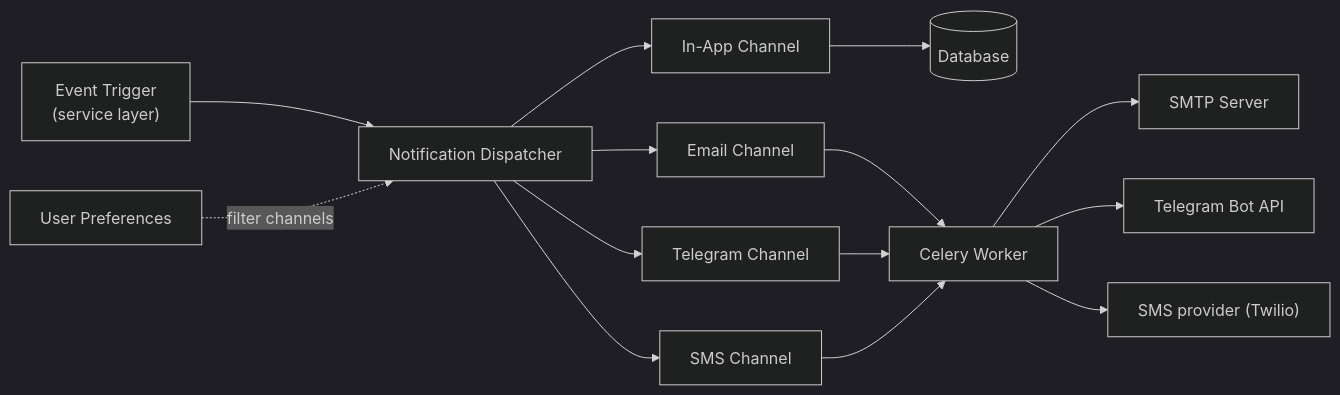
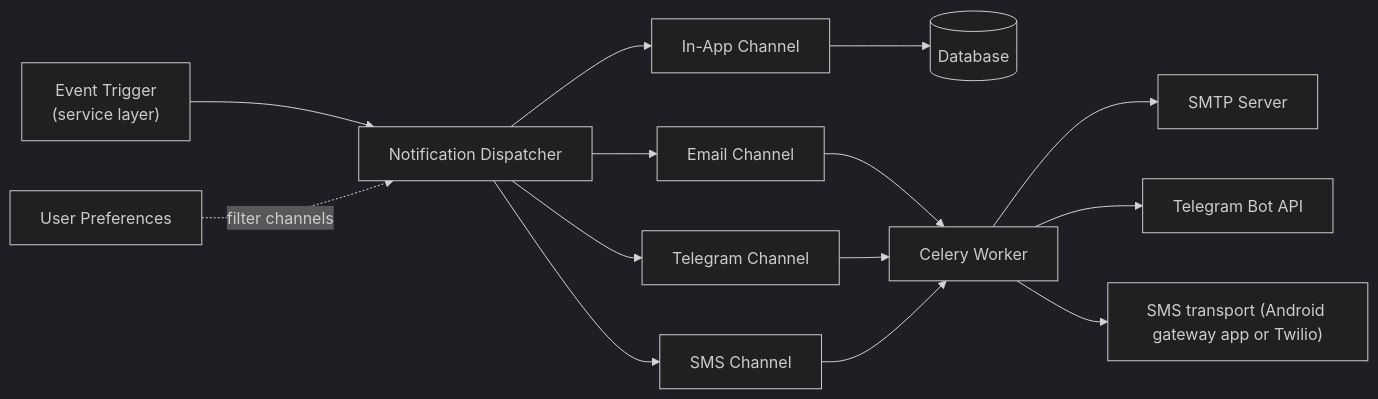
Before and after one commit to bradleesand/revel-backend: the diagram in docs/architecture/notifications.md, drawn with Mermaid (dark theme). The commit also changed other lines of this file and 67 other files, not shown here.

First line of the commit message:
feat(sms): Android gateway transport, host phone override, phone-only guests

````diff
--- a/docs/architecture/notifications.md
+++ b/docs/architecture/notifications.md
@@ -7,19 +7,19 @@
 ```mermaid
 flowchart LR
     Trigger["Event Trigger<br/>(service layer)"] --> Dispatcher["Notification Dispatcher"]
     Dispatcher --> InApp["In-App Channel"]
     Dispatcher --> Email["Email Channel"]
     Dispatcher --> Telegram["Telegram Channel"]
     Dispatcher --> SMS["SMS Channel"]
 
     InApp --> DB[(Database)]
     Email --> Celery["Celery Worker"]
     Telegram --> Celery
     SMS --> Celery
 
     Celery --> SMTP["SMTP Server"]
     Celery --> TGBot["Telegram Bot API"]
-    Celery --> SMSProvider["SMS provider (Twilio)"]
+    Celery --> SMSProvider["SMS transport (Android gateway app or Twilio)"]
 
     Prefs["User Preferences"] -.->|"filter channels"| Dispatcher
 ```
````
